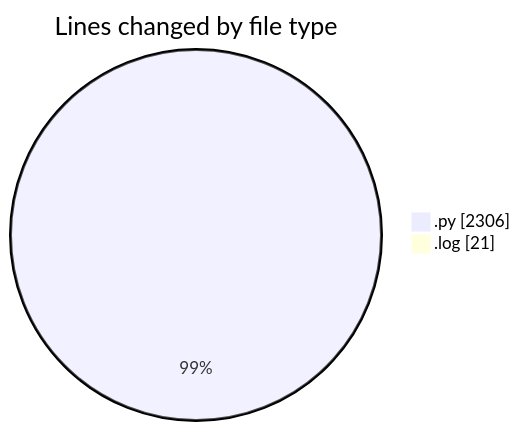
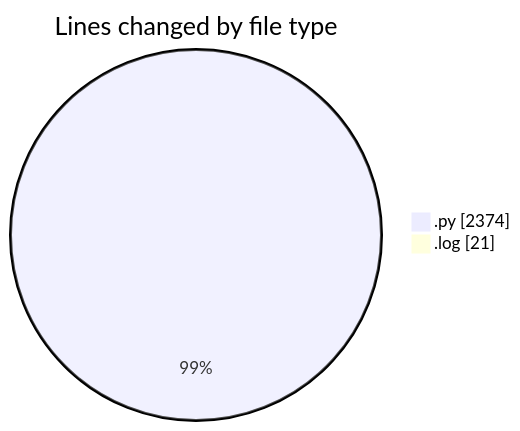
One commit to momahboobian/code-tracking changed the first of 2 diagrams in 2025-05-06/samplepdf/README.md. Above: the diagram before and after it, drawn with Mermaid. The commit also changed other lines of this file and 1 other file, not shown here.

````diff
--- a/2025-05-06/samplepdf/README.md
+++ b/2025-05-06/samplepdf/README.md
@@ -39,6 +40,6 @@
 ```mermaid
 pie showData
 title Lines changed by file type
-".py" : 2306
+".py" : 2374
 ".log" : 21
 ```
````
